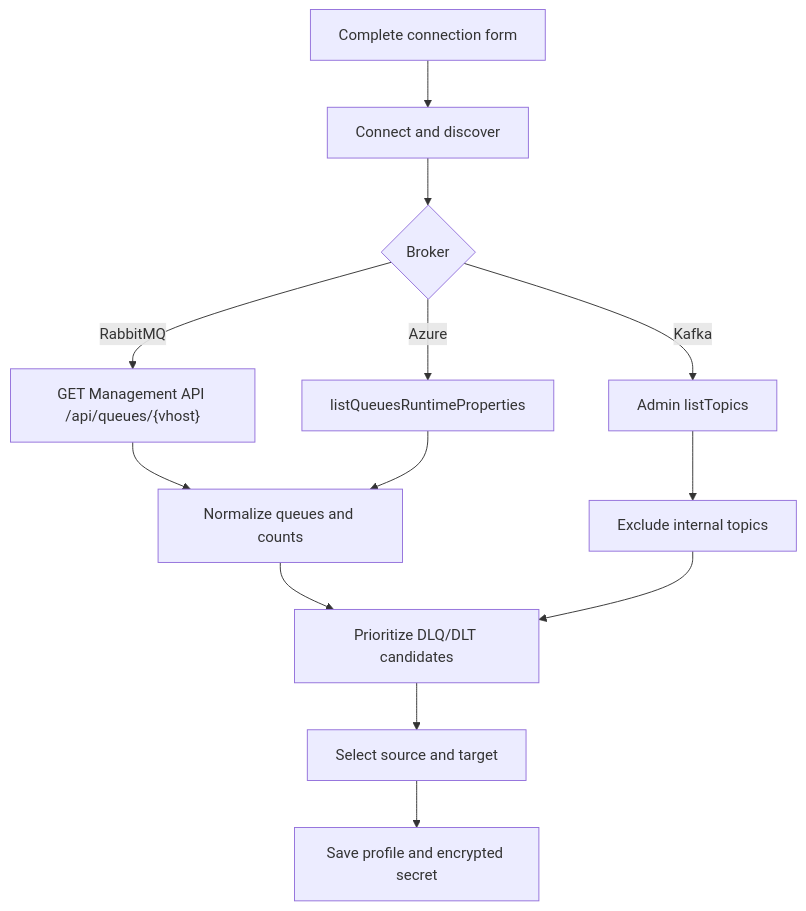
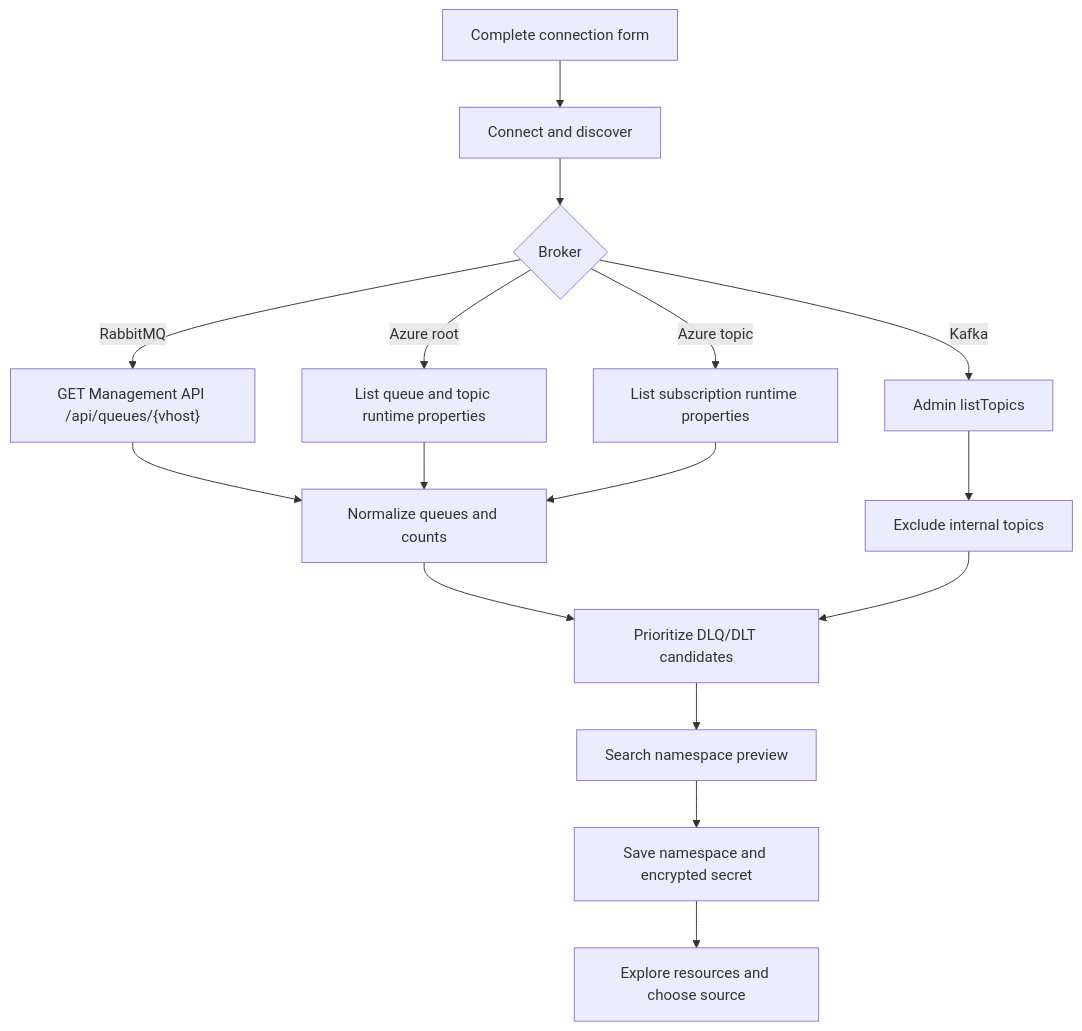
Before and after one commit to crisjar3/dlq-commander: the third of 4 diagrams in docs/architecture.md, drawn with Mermaid. The commit also changed other lines of this file and 56 other files, not shown here.

````diff
--- a/docs/architecture.md
+++ b/docs/architecture.md
@@ -82,15 +82,18 @@
 ```mermaid
 flowchart TD
     A["Complete connection form"] --> B["Connect and discover"]
     B --> C{"Broker"}
     C -->|"RabbitMQ"| D["GET Management API /api/queues/{vhost}"]
     C -->|"Kafka"| E["Admin listTopics"]
-    C -->|"Azure"| F["listQueuesRuntimeProperties"]
+    C -->|"Azure root"| F["List queue and topic runtime properties"]
+    C -->|"Azure topic"| L["List subscription runtime properties"]
     D --> G["Normalize queues and counts"]
     E --> H["Exclude internal topics"]
     F --> G
+    L --> G
     G --> I["Prioritize DLQ/DLT candidates"]
     H --> I
-    I --> J["Select source and target"]
-    J --> K["Save profile and encrypted secret"]
+    I --> J["Search namespace preview"]
+    J --> K["Save namespace and encrypted secret"]
+    K --> M["Explore resources and choose source"]
 ```
````
